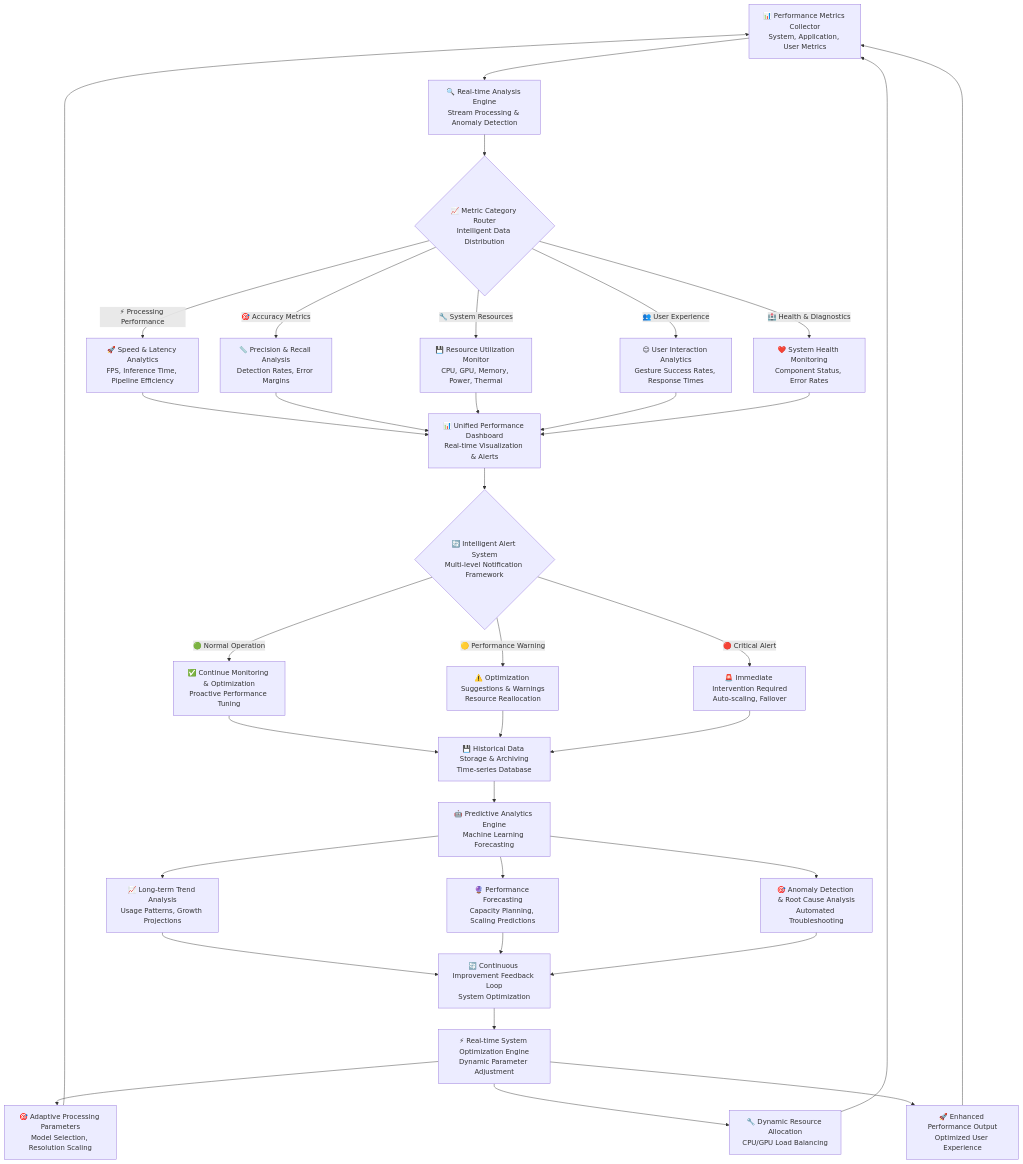
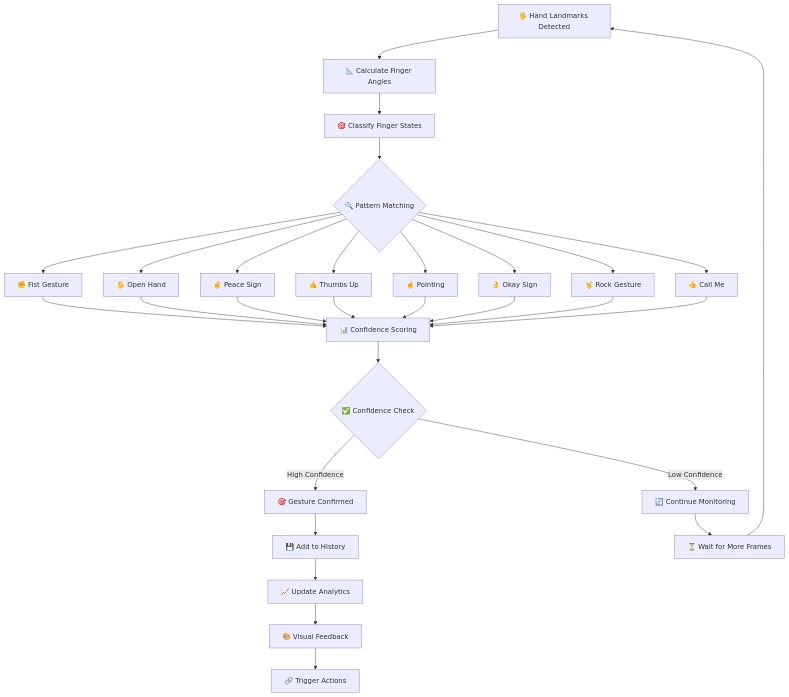
The fourth of 4 diagrams in README.md (Dibyendu17122003/ADVANCE-POSTURE-AND-FINGER-DETECTION), drawn with Mermaid before and after one commit. The commit also changed other lines of this file, not shown here.

````diff
--- a/README.md
+++ b/README.md
@@ -208,48 +181,39 @@
 ```mermaid
 flowchart TD
-    A[📊 Performance Metrics Collector<br/>System, Application, User Metrics] --> B[🔍 Real-time Analysis Engine<br/>Stream Processing & Anomaly Detection]
+    A[🖐️ Hand Landmarks Detected] --> B[📐 Calculate Finger Angles]
+    B --> C[🎯 Classify Finger States]
     
-    B --> C{📈 Metric Category Router<br/>Intelligent Data Distribution}
+    C --> D{🔍 Pattern Matching}
     
-    C -->|"⚡ Processing Performance"| D[🚀 Speed & Latency Analytics<br/>FPS, Inference Time, Pipeline Efficiency]
-    C -->|"🎯 Accuracy Metrics"| E[📏 Precision & Recall Analysis<br/>Detection Rates, Error Margins]
-    C -->|"🔧 System Resources"| F[💾 Resource Utilization Monitor<br/>CPU, GPU, Memory, Power, Thermal]
-    C -->|"👥 User Experience"| G[😊 User Interaction Analytics<br/>Gesture Success Rates, Response Times]
-    C -->|"🏥 Health & Diagnostics"| H[❤️ System Health Monitoring<br/>Component Status, Error Rates]
+    D --> E[✊ Fist Gesture]
+    D --> F[🖐️ Open Hand]
+    D --> G[✌️ Peace Sign]
+    D --> H[👍 Thumbs Up]
+    D --> I[☝️ Pointing]
+    D --> J[👌 Okay Sign]
+    D --> K[🤘 Rock Gesture]
+    D --> L[🤙 Call Me]
     
-    D --> I[📊 Unified Performance Dashboard<br/>Real-time Visualization & Alerts]
-    E --> I
-    F --> I
-    G --> I
-    H --> I
+    E --> M[📊 Confidence Scoring]
+    F --> M
+    G --> M
+    H --> M
+    I --> M
+    J --> M
+    K --> M
+    L --> M
     
-    I --> J{🔄 Intelligent Alert System<br/>Multi-level Notification Framework}
+    M --> N{✅ Confidence Check}
     
-    J -->|"🟢 Normal Operation"| K[✅ Continue Monitoring & Optimization<br/>Proactive Performance Tuning]
-    J -->|"🟡 Performance Warning"| L[⚠️ Optimization Suggestions & Warnings<br/>Resource Reallocation]
-    J -->|"🔴 Critical Alert"| M[🚨 Immediate Intervention Required<br/>Auto-scaling, Failover]
+    N -->|High Confidence| O[🎯 Gesture Confirmed]
+    N -->|Low Confidence| P[🔄 Continue Monitoring]
     
-    K --> N[💾 Historical Data Storage & Archiving<br/>Time-series Database]
-    L --> N
-    M --> N
+    O --> Q[💾 Add to History]
+    Q --> R[📈 Update Analytics]
     
-    N --> O[🤖 Predictive Analytics Engine<br/>Machine Learning Forecasting]
+    P --> S[⏳ Wait for More Frames]
+    S --> A
     
-    O --> P[📈 Long-term Trend Analysis<br/>Usage Patterns, Growth Projections]
-    O --> Q[🔮 Performance Forecasting<br/>Capacity Planning, Scaling Predictions]
-    O --> R[🎯 Anomaly Detection & Root Cause Analysis<br/>Automated Troubleshooting]
-    
-    P --> S[🔄 Continuous Improvement Feedback Loop<br/>System Optimization]
-    Q --> S
-    R --> S
-    
-    S --> T[⚡ Real-time System Optimization Engine<br/>Dynamic Parameter Adjustment]
-    
-    T --> U[🎯 Adaptive Processing Parameters<br/>Model Selection, Resolution Scaling]
-    T --> V[🔧 Dynamic Resource Allocation<br/>CPU/GPU Load Balancing]
-    T --> W[🚀 Enhanced Performance Output<br/>Optimized User Experience]
-    
-    U --> A
-    V --> A
-    W --> A
+    R --> T[🎨 Visual Feedback]
+    T --> U[🔗 Trigger Actions]
 ```
````
